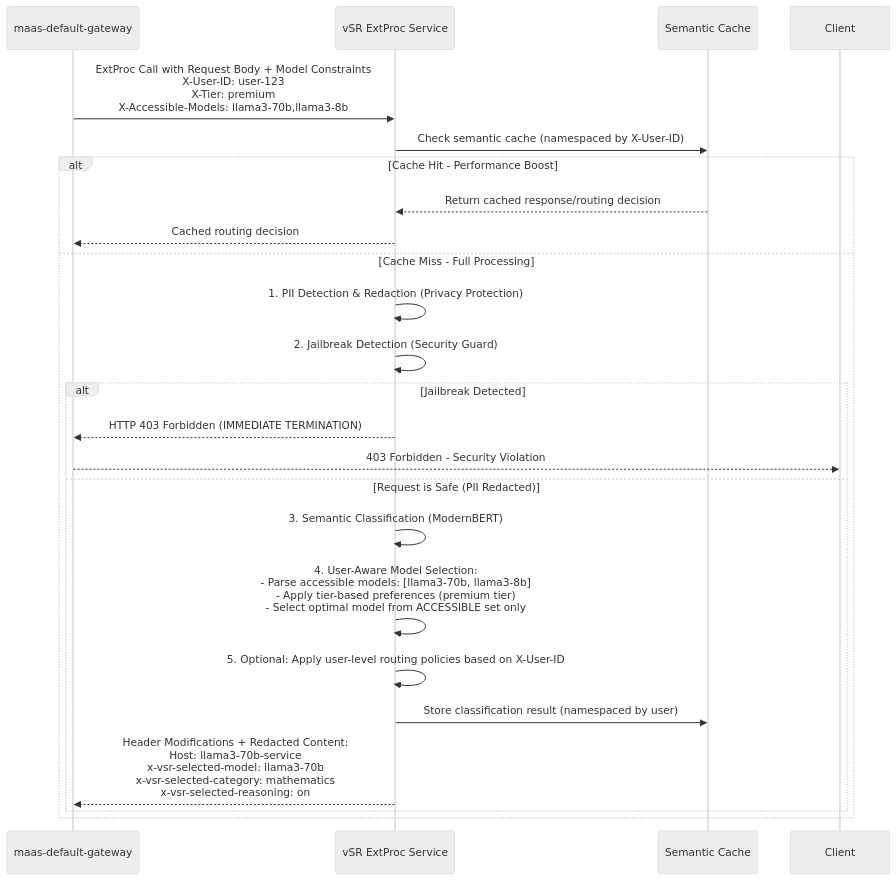
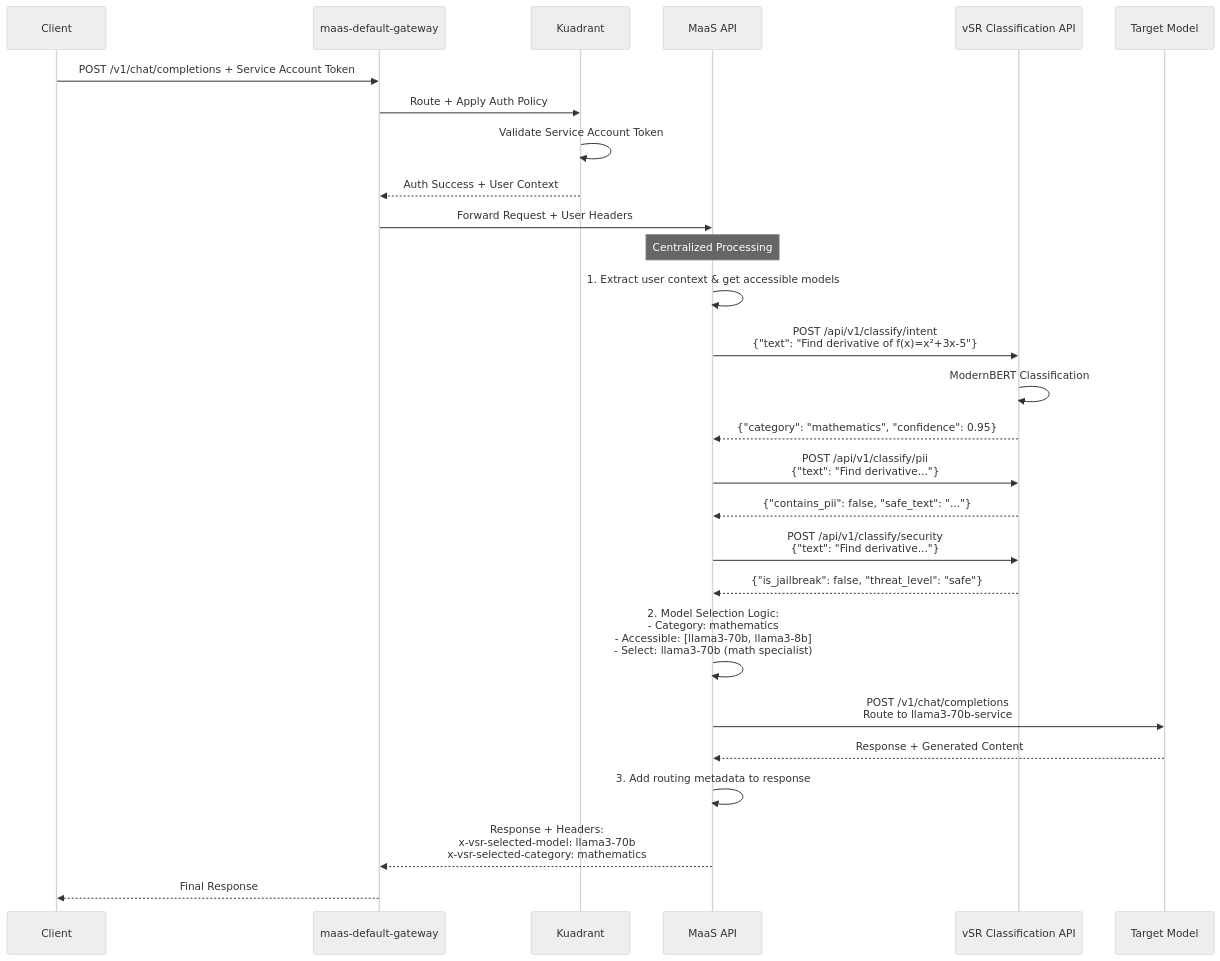
The fifth of 5 diagrams in docs/designs/vSR-Integration/README.md (noyitz/maas-billing), drawn with Mermaid (neutral theme) before and after one commit. The commit also changed other lines of this file, not shown here.

First line of the commit message:
Pivot to centralized MaaS API architecture for vSR integration

````diff
--- a/docs/designs/vSR-Integration/README.md
+++ b/docs/designs/vSR-Integration/README.md
@@ -300,30 +286,36 @@
 ```mermaid
 sequenceDiagram
+    participant Client
     participant Gateway as maas-default-gateway
-    participant vSR as vSR ExtProc Service
-    participant Cache as Semantic Cache
-    participant Client
+    participant Kuadrant
+    participant MaaSAPI as MaaS API
+    participant vSR as vSR Classification API
+    participant Model as Target Model
     
-    Gateway->>vSR: ExtProc Call with Request Body + Model Constraints<br/>X-User-ID: user-123<br/>X-Tier: premium<br/>X-Accessible-Models: llama3-70b,llama3-8b
+    Client->>Gateway: POST /v1/chat/completions + Service Account Token
+    Gateway->>Kuadrant: Route + Apply Auth Policy
+    Kuadrant->>Kuadrant: Validate Service Account Token
+    Kuadrant-->>Gateway: Auth Success + User Context
+    Gateway->>MaaSAPI: Forward Request + User Headers
     
-    vSR->>Cache: Check semantic cache (namespaced by X-User-ID)
+    Note over MaaSAPI: Centralized Processing
+    MaaSAPI->>MaaSAPI: 1. Extract user context & get accessible models
+    MaaSAPI->>vSR: POST /api/v1/classify/intent<br/>{"text": "Find derivative of f(x)=x²+3x-5"}
+    vSR->>vSR: ModernBERT Classification
+    vSR-->>MaaSAPI: {"category": "mathematics", "confidence": 0.95}
     
-    alt Cache Hit - Performance Boost
-        Cache-->>vSR: Return cached response/routing decision
-        vSR-->>Gateway: Cached routing decision
-    else Cache Miss - Full Processing
-        vSR->>vSR: 1. PII Detection & Redaction (Privacy Protection)
-        vSR->>vSR: 2. Jailbreak Detection (Security Guard)
-        
-        alt Jailbreak Detected
-            vSR-->>Gateway: HTTP 403 Forbidden (IMMEDIATE TERMINATION)
-            Gateway-->>Client: 403 Forbidden - Security Violation
-        else Request is Safe (PII Redacted)
-            vSR->>vSR: 3. Semantic Classification (ModernBERT)
-            vSR->>vSR: 4. User-Aware Model Selection:<br/>- Parse accessible models: [llama3-70b, llama3-8b]<br/>- Apply tier-based preferences (premium tier)<br/>- Select optimal model from ACCESSIBLE set only
-            vSR->>vSR: 5. Optional: Apply user-level routing policies based on X-User-ID
-            vSR->>Cache: Store classification result (namespaced by user)
-            vSR-->>Gateway: Header Modifications + Redacted Content:<br/>Host: llama3-70b-service<br/>x-vsr-selected-model: llama3-70b<br/>x-vsr-selected-category: mathematics<br/>x-vsr-selected-reasoning: on
-        end
-    end
+    MaaSAPI->>vSR: POST /api/v1/classify/pii<br/>{"text": "Find derivative..."}  
+    vSR-->>MaaSAPI: {"contains_pii": false, "safe_text": "..."}
+    
+    MaaSAPI->>vSR: POST /api/v1/classify/security<br/>{"text": "Find derivative..."}
+    vSR-->>MaaSAPI: {"is_jailbreak": false, "threat_level": "safe"}
+    
+    MaaSAPI->>MaaSAPI: 2. Model Selection Logic:<br/>- Category: mathematics<br/>- Accessible: [llama3-70b, llama3-8b]<br/>- Select: llama3-70b (math specialist)
+    
+    MaaSAPI->>Model: POST /v1/chat/completions<br/>Route to llama3-70b-service
+    Model-->>MaaSAPI: Response + Generated Content
+    
+    MaaSAPI->>MaaSAPI: 3. Add routing metadata to response
+    MaaSAPI-->>Gateway: Response + Headers:<br/>x-vsr-selected-model: llama3-70b<br/>x-vsr-selected-category: mathematics
+    Gateway-->>Client: Final Response
 ```
````
